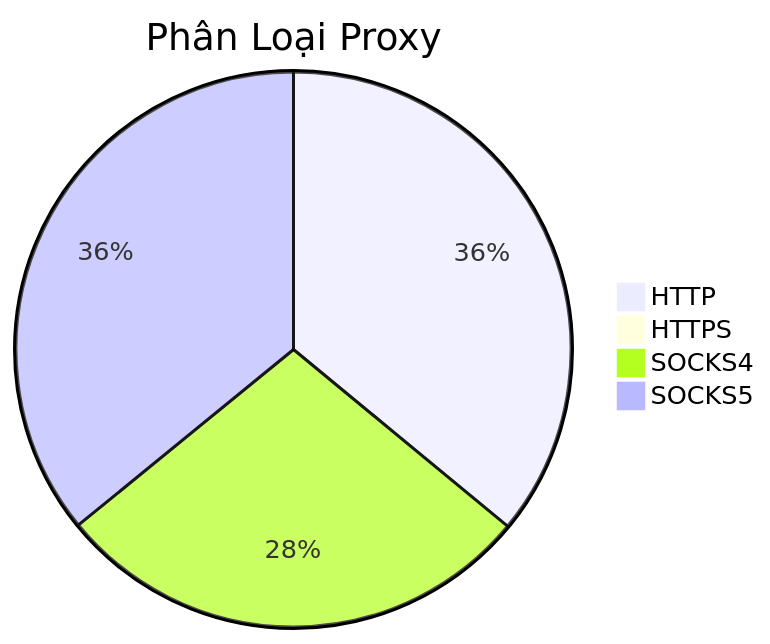
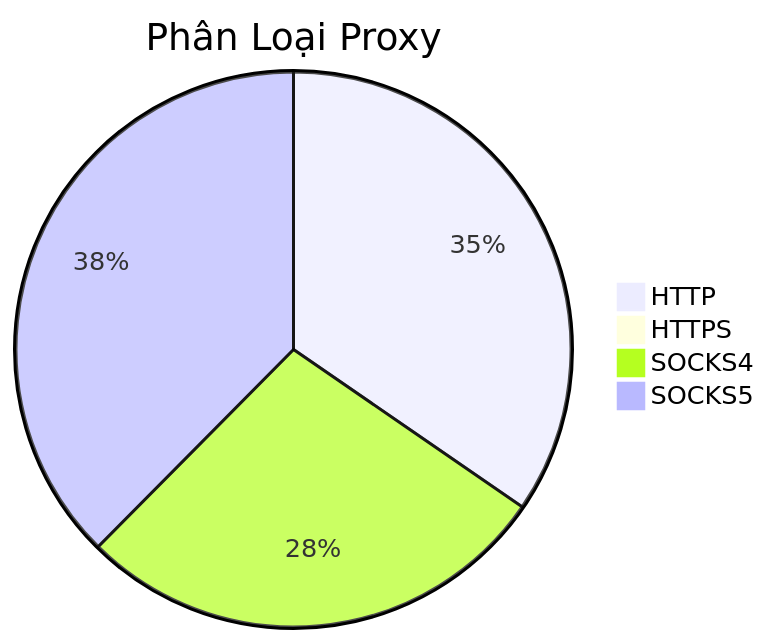
The diagram in README.md (Ciara-12/PROXY-free), drawn with Mermaid before and after one commit. The commit also changed other lines of this file and 4 other files, not shown here.

````diff
--- a/README.md
+++ b/README.md
@@ -26,7 +26,7 @@
 ```mermaid
 pie title Phân Loại Proxy
-    "HTTP" : 389
-    "HTTPS" : 1
-    "SOCKS4" : 304
-    "SOCKS5" : 388
+    "HTTP" : 394
+    "HTTPS" : 2
+    "SOCKS4" : 317
+    "SOCKS5" : 428
 ```
````
